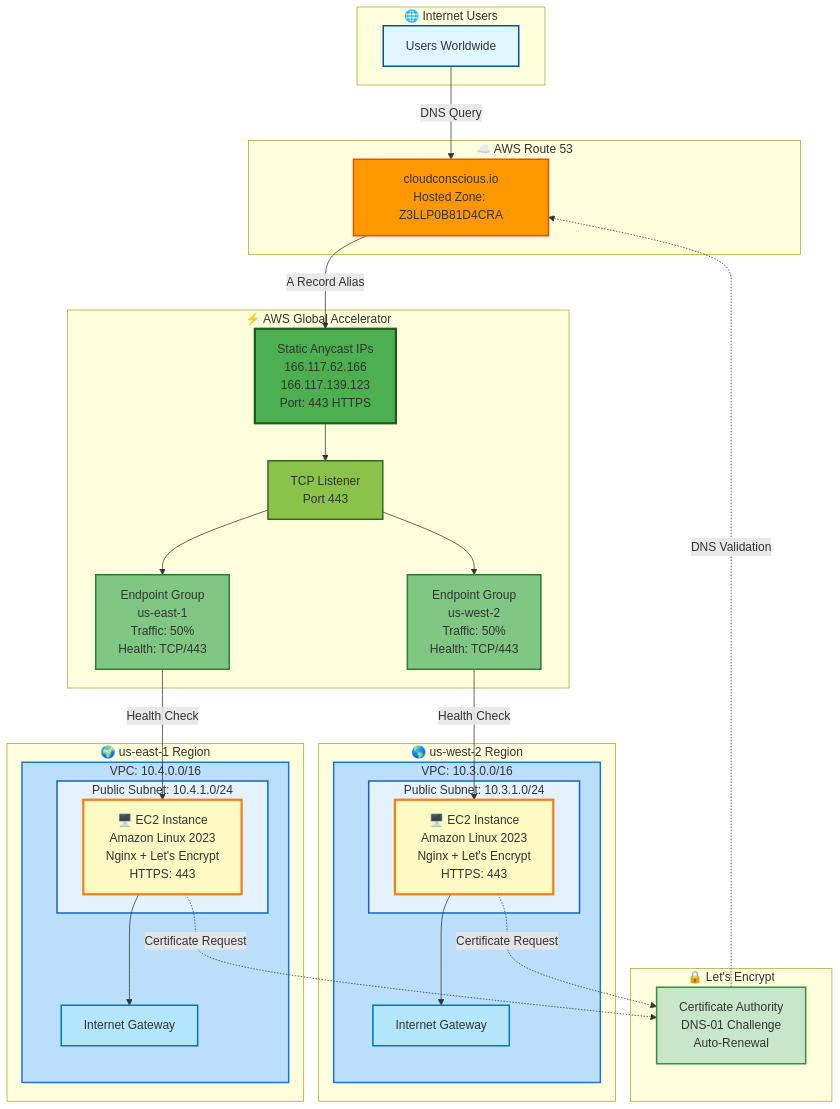
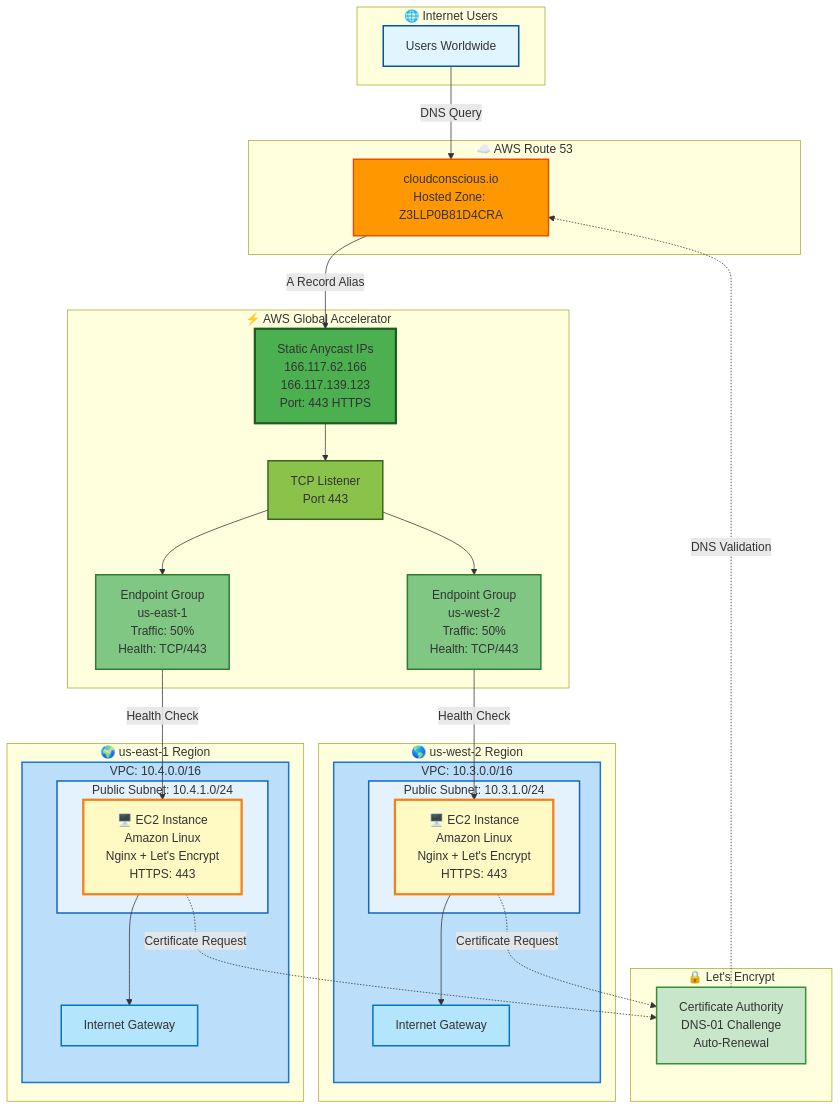
One commit to vegatros/repo1 changed the diagram in terraform/stacks/app3/README.md. Above: the diagram before and after it, drawn with Mermaid.

Commit message:
Remove year from Amazon Linux in diagram

````diff
--- a/terraform/stacks/app3/README.md
+++ b/terraform/stacks/app3/README.md
@@ -9,68 +9,68 @@
 ```mermaid
 graph TB
     subgraph Internet["🌐 Internet Users"]
         Users[Users Worldwide]
     end
     
     subgraph DNS["☁️ AWS Route 53"]
         R53[cloudconscious.io<br/>Hosted Zone: Z3LLP0B81D4CRA]
     end
     
     subgraph GA["⚡ AWS Global Accelerator"]
         Accelerator[Static Anycast IPs<br/>166.117.62.166<br/>166.117.139.123<br/>Port: 443 HTTPS]
         Listener[TCP Listener<br/>Port 443]
         EG_West[Endpoint Group<br/>us-west-2<br/>Traffic: 50%<br/>Health: TCP/443]
         EG_East[Endpoint Group<br/>us-east-1<br/>Traffic: 50%<br/>Health: TCP/443]
     end
     
     subgraph West["🌎 us-west-2 Region"]
         subgraph VPC_West["VPC: 10.3.0.0/16"]
             subgraph Subnet_West["Public Subnet: 10.3.1.0/24"]
-                EC2_West["🖥️ EC2 Instance<br/>Amazon Linux 2023<br/>Nginx + Let's Encrypt<br/>HTTPS: 443"]
+                EC2_West["🖥️ EC2 Instance<br/>Amazon Linux<br/>Nginx + Let's Encrypt<br/>HTTPS: 443"]
             end
             IGW_West[Internet Gateway]
         end
     end
     
     subgraph East["🌍 us-east-1 Region"]
         subgraph VPC_East["VPC: 10.4.0.0/16"]
             subgraph Subnet_East["Public Subnet: 10.4.1.0/24"]
-                EC2_East["🖥️ EC2 Instance<br/>Amazon Linux 2023<br/>Nginx + Let's Encrypt<br/>HTTPS: 443"]
+                EC2_East["🖥️ EC2 Instance<br/>Amazon Linux<br/>Nginx + Let's Encrypt<br/>HTTPS: 443"]
             end
             IGW_East[Internet Gateway]
         end
     end
     
     subgraph LE["🔒 Let's Encrypt"]
         LetsEncrypt[Certificate Authority<br/>DNS-01 Challenge<br/>Auto-Renewal]
     end
     
     Users -->|DNS Query| R53
     R53 -->|A Record Alias| Accelerator
     Accelerator --> Listener
     Listener --> EG_West
     Listener --> EG_East
     EG_West -->|Health Check| EC2_West
     EG_East -->|Health Check| EC2_East
     EC2_West -.->|Certificate Request| LetsEncrypt
     EC2_East -.->|Certificate Request| LetsEncrypt
     LetsEncrypt -.->|DNS Validation| R53
     EC2_West --> IGW_West
     EC2_East --> IGW_East
     
     style Users fill:#e1f5ff,stroke:#01579b,stroke-width:2px
     style R53 fill:#ff9800,stroke:#e65100,stroke-width:2px
     style Accelerator fill:#4caf50,stroke:#1b5e20,stroke-width:3px
     style Listener fill:#8bc34a,stroke:#33691e,stroke-width:2px
     style EG_West fill:#81c784,stroke:#2e7d32,stroke-width:2px
     style EG_East fill:#81c784,stroke:#2e7d32,stroke-width:2px
     style VPC_West fill:#bbdefb,stroke:#1976d2,stroke-width:2px
     style VPC_East fill:#bbdefb,stroke:#1976d2,stroke-width:2px
     style Subnet_West fill:#e3f2fd,stroke:#1565c0,stroke-width:2px
     style Subnet_East fill:#e3f2fd,stroke:#1565c0,stroke-width:2px
     style EC2_West fill:#fff9c4,stroke:#f57f17,stroke-width:3px
     style EC2_East fill:#fff9c4,stroke:#f57f17,stroke-width:3px
     style LetsEncrypt fill:#c8e6c9,stroke:#388e3c,stroke-width:2px
     style IGW_West fill:#b3e5fc,stroke:#0277bd,stroke-width:2px
     style IGW_East fill:#b3e5fc,stroke:#0277bd,stroke-width:2px
 ```
````
